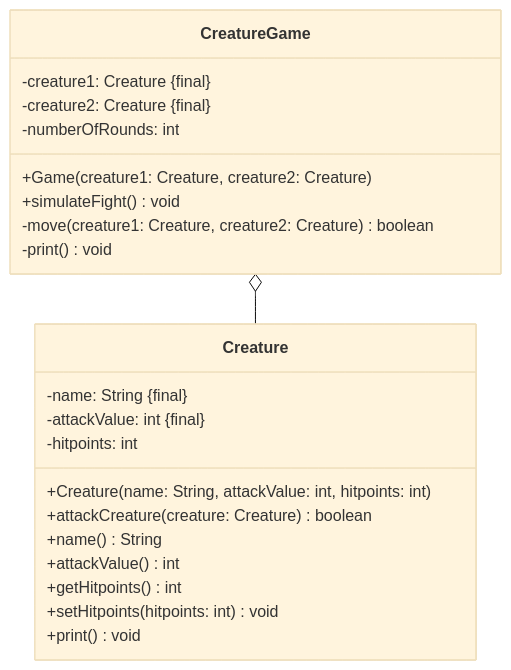
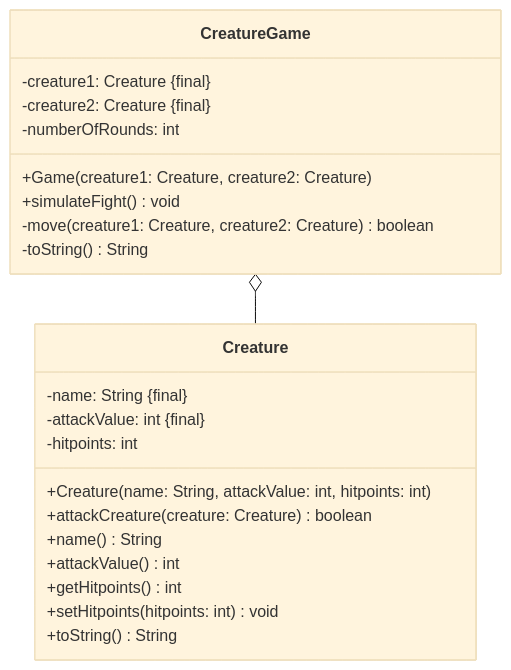
The diagram in docs/exercises/uml/class-diagrams03.mdx (jappuccini/java-docs), drawn with Mermaid (base theme) before and after one commit. The commit also changed other lines of this file and 14 other files, not shown here.

````diff
--- a/docs/exercises/uml/class-diagrams03.mdx
+++ b/docs/exercises/uml/class-diagrams03.mdx
@@ -15,27 +15,27 @@
 ```mermaid
 classDiagram
     CreatureGame o-- Creature
 
     class CreatureGame {
         -creature1: Creature &#123final&#125
         -creature2: Creature &#123final&#125
         -numberOfRounds: int
         +Game(creature1: Creature, creature2: Creature)
         +simulateFight() void
         -move(creature1: Creature, creature2: Creature) boolean
-        -print() void
+        -toString() String
     }
 
     class Creature {
         -name: String &#123final&#125
         -attackValue: int &#123final&#125
         -hitpoints: int
         +Creature(name: String, attackValue: int, hitpoints: int)
         +attackCreature(creature: Creature) boolean
         +name() String
         +attackValue() int
         +getHitpoints() int
         +setHitpoints(hitpoints: int) void
-        +print() void
+        +toString() String
     }
 ```
````
